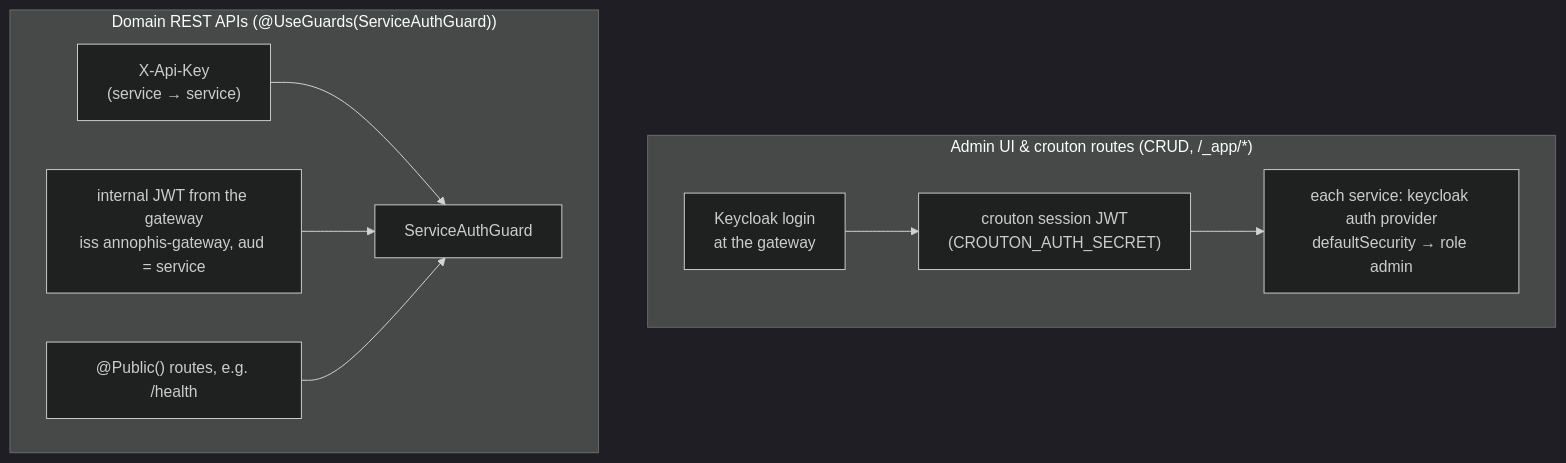
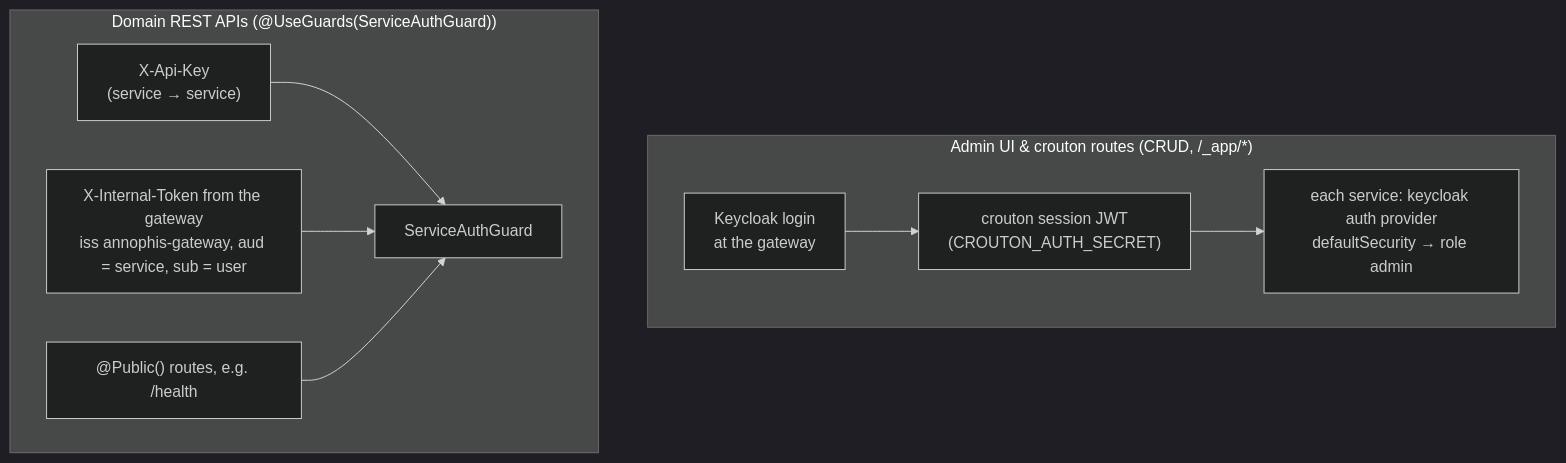
The first of 2 diagrams in docs/auth.md (GhentCDH/annophis), drawn with Mermaid (dark theme) before and after one commit. The commit also changed other lines of this file and 19 other files, not shown here.

First line of the commit message:
feat(auth): gateway-issued internal tokens, service auth on by default

````diff
--- a/docs/auth.md
+++ b/docs/auth.md
@@ -5,14 +5,14 @@
 ```mermaid
 flowchart TB
   subgraph admin["Admin UI & crouton routes (CRUD, /_app/*)"]
     direction LR
     kc[Keycloak login<br/>at the gateway] --> tok["crouton session JWT<br/>(CROUTON_AUTH_SECRET)"]
     tok --> guard1["each service: keycloak auth provider<br/>defaultSecurity → role admin"]
   end
   subgraph domain["Domain REST APIs (@UseGuards(ServiceAuthGuard))"]
     direction LR
     key["X-Api-Key<br/>(service → service)"] --> guard2[ServiceAuthGuard]
-    jwt["internal JWT from the gateway<br/>iss annophis-gateway, aud = service"] --> guard2
+    jwt["X-Internal-Token from the gateway<br/>iss annophis-gateway, aud = service, sub = user"] --> guard2
     pub["@Public() routes, e.g. /health"] --> guard2
   end
 ```
````
